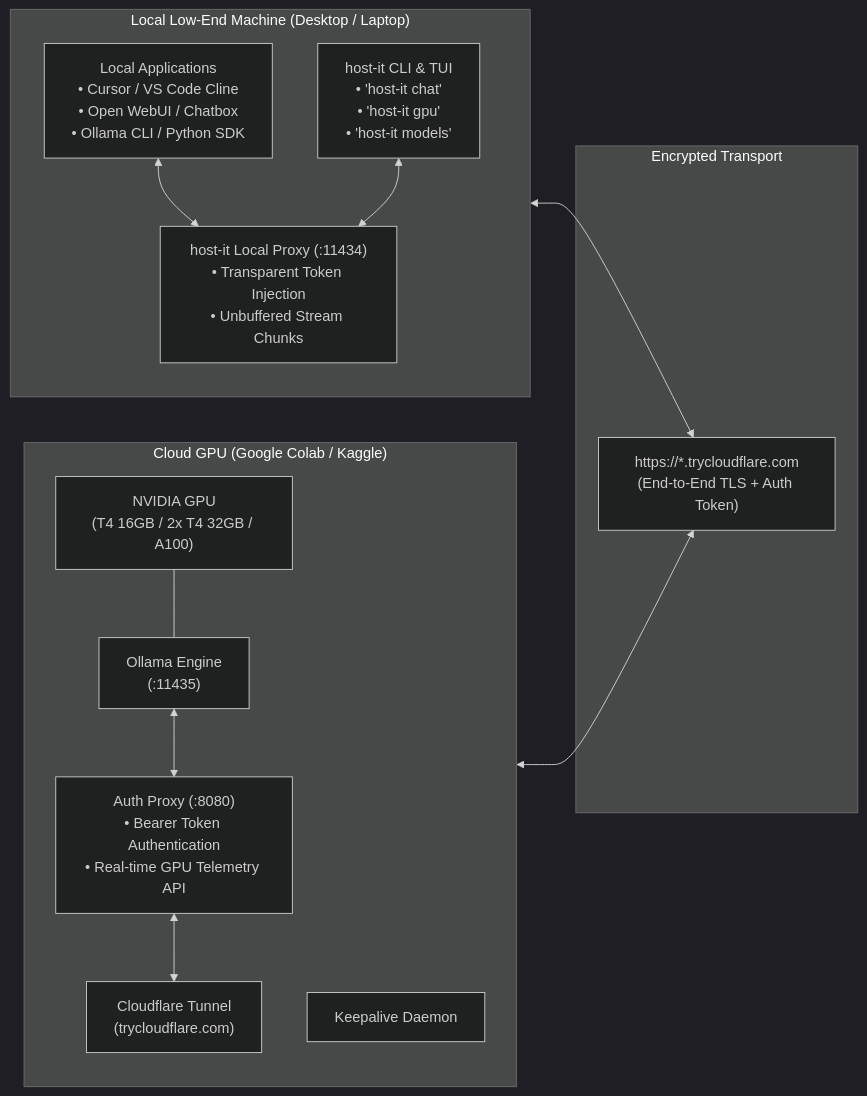
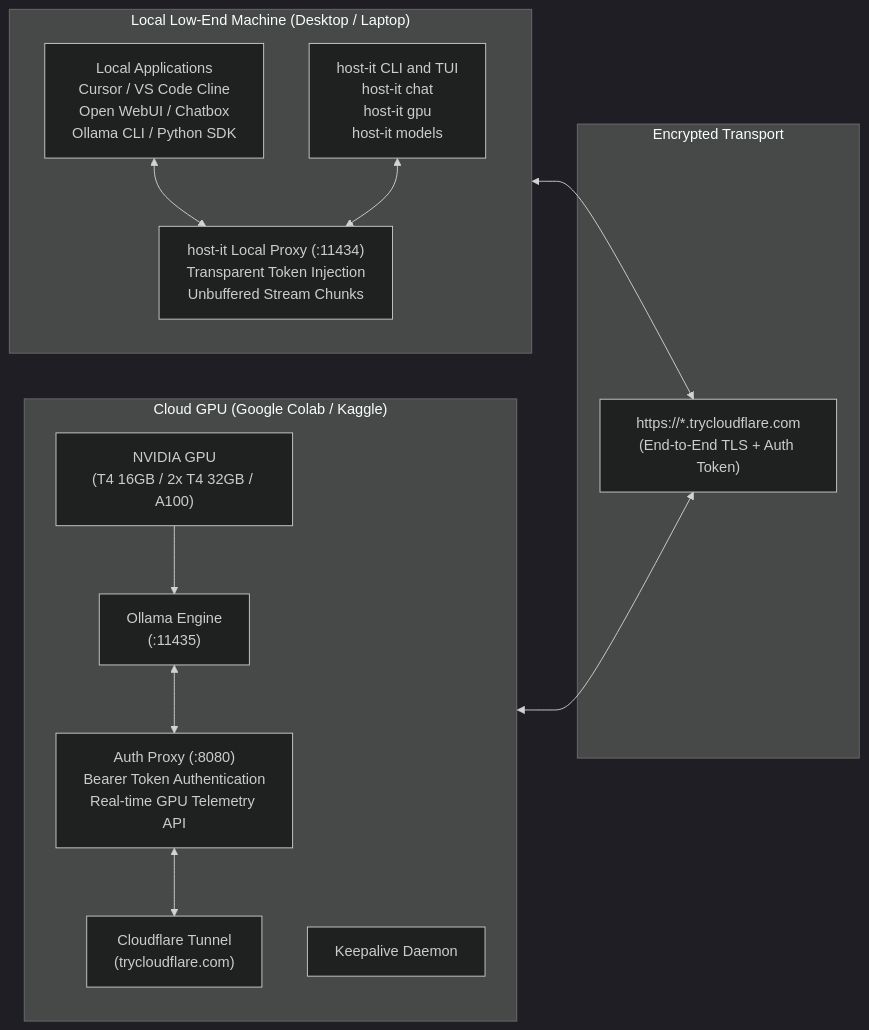
Before and after one commit to berlin-566/cluster: the diagram in README.md, drawn with Mermaid (dark theme). The commit also changed other lines of this file and 7 other files, not shown here.

````diff
--- a/README.md
+++ b/README.md
@@ -27,32 +19,32 @@
 ```mermaid
 flowchart LR
     subgraph Cloud["Cloud GPU (Google Colab / Kaggle)"]
         direction TB
         GPU["NVIDIA GPU<br/>(T4 16GB / 2x T4 32GB / A100)"]
         OLLAMA["Ollama Engine<br/>(:11435)"]
-        AUTH["Auth Proxy (:8080)<br/>• Bearer Token Authentication<br/>• Real-time GPU Telemetry API"]
+        AUTH["Auth Proxy (:8080)<br/>Bearer Token Authentication<br/>Real-time GPU Telemetry API"]
         CF_TUNNEL["Cloudflare Tunnel<br/>(trycloudflare.com)"]
         KEEPALIVE["Keepalive Daemon"]
 
-        GPU --- OLLAMA
+        GPU --> OLLAMA
         OLLAMA <--> AUTH
         AUTH <--> CF_TUNNEL
     end
 
     subgraph Internet["Encrypted Transport"]
         CF_PUB["https://*.trycloudflare.com<br/>(End-to-End TLS + Auth Token)"]
     end
 
     subgraph Local["Local Low-End Machine (Desktop / Laptop)"]
         direction TB
-        CLI["host-it CLI & TUI<br/>• 'host-it chat'<br/>• 'host-it gpu'<br/>• 'host-it models'"]
-        LOCAL_PROXY["host-it Local Proxy (:11434)<br/>• Transparent Token Injection<br/>• Unbuffered Stream Chunks"]
-        APPS["Local Applications<br/>• Cursor / VS Code Cline<br/>• Open WebUI / Chatbox<br/>• Ollama CLI / Python SDK"]
+        CLI["host-it CLI and TUI<br/>host-it chat<br/>host-it gpu<br/>host-it models"]
+        LOCAL_PROXY["host-it Local Proxy (:11434)<br/>Transparent Token Injection<br/>Unbuffered Stream Chunks"]
+        APPS["Local Applications<br/>Cursor / VS Code Cline<br/>Open WebUI / Chatbox<br/>Ollama CLI / Python SDK"]
 
         APPS <--> LOCAL_PROXY
         CLI <--> LOCAL_PROXY
         LOCAL_PROXY <--> CF_PUB
     end
 
     CF_TUNNEL <--> CF_PUB
 ```
````
